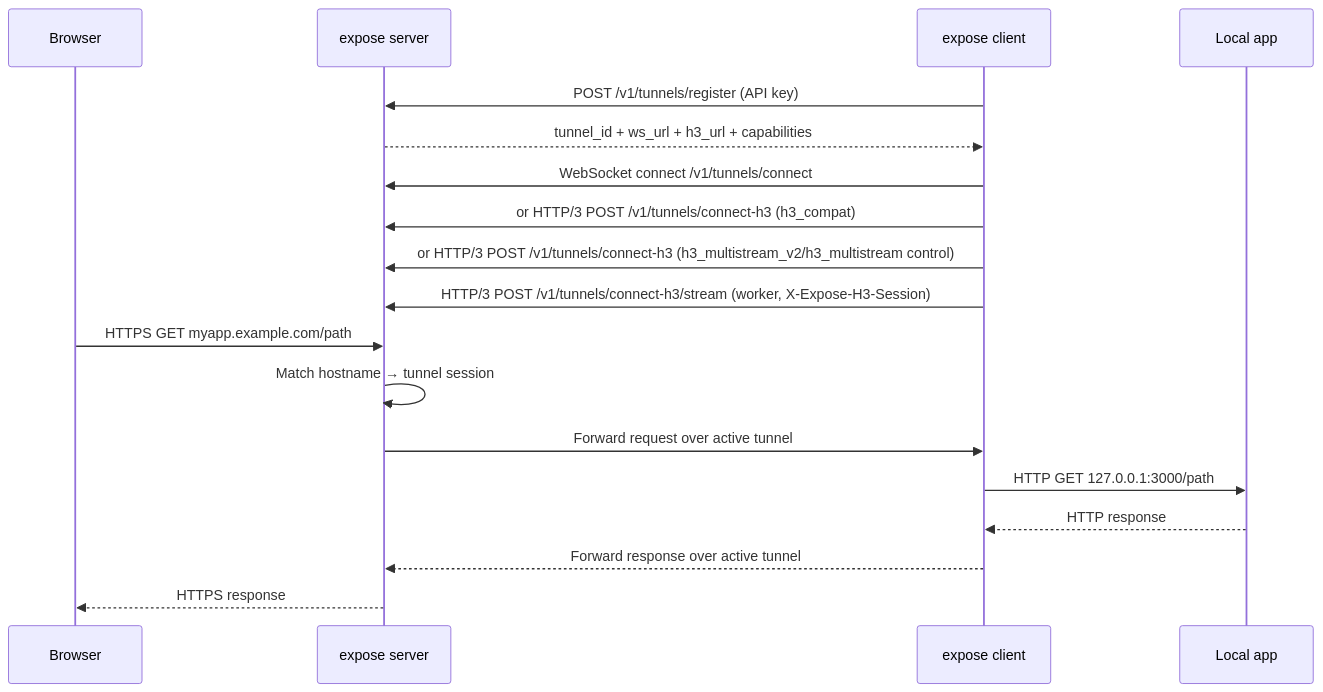
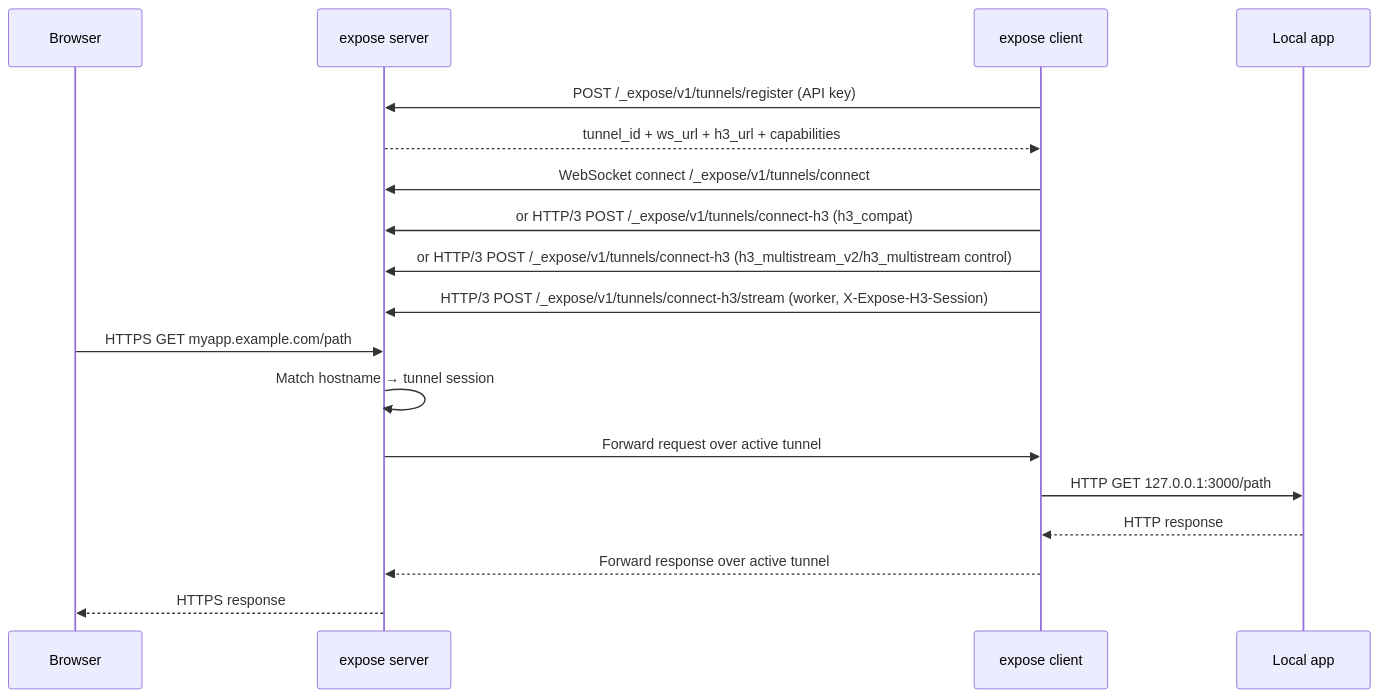
The second of 2 diagrams in docs/architecture-overview.md (koltyakov/expose), drawn with Mermaid before and after one commit. The commit also changed 31 other files, not shown here.

````diff
--- a/docs/architecture-overview.md
+++ b/docs/architecture-overview.md
@@ -36,22 +36,22 @@
 ```mermaid
 sequenceDiagram
     participant B as Browser
     participant S as expose server
     participant C as expose client
     participant A as Local app
 
-    C->>S: POST /v1/tunnels/register (API key)
+    C->>S: POST /_expose/v1/tunnels/register (API key)
     S-->>C: tunnel_id + ws_url + h3_url + capabilities
-    C->>S: WebSocket connect /v1/tunnels/connect
-    C->>S: or HTTP/3 POST /v1/tunnels/connect-h3 (h3_compat)
-    C->>S: or HTTP/3 POST /v1/tunnels/connect-h3 (h3_multistream_v2/h3_multistream control)
-    C->>S: HTTP/3 POST /v1/tunnels/connect-h3/stream (worker, X-Expose-H3-Session)
+    C->>S: WebSocket connect /_expose/v1/tunnels/connect
+    C->>S: or HTTP/3 POST /_expose/v1/tunnels/connect-h3 (h3_compat)
+    C->>S: or HTTP/3 POST /_expose/v1/tunnels/connect-h3 (h3_multistream_v2/h3_multistream control)
+    C->>S: HTTP/3 POST /_expose/v1/tunnels/connect-h3/stream (worker, X-Expose-H3-Session)
 
     B->>S: HTTPS GET myapp.example.com/path
     S->>S: Match hostname → tunnel session
     S->>C: Forward request over active tunnel
     C->>A: HTTP GET 127.0.0.1:3000/path
     A-->>C: HTTP response
     C-->>S: Forward response over active tunnel
     S-->>B: HTTPS response
 ```
````
